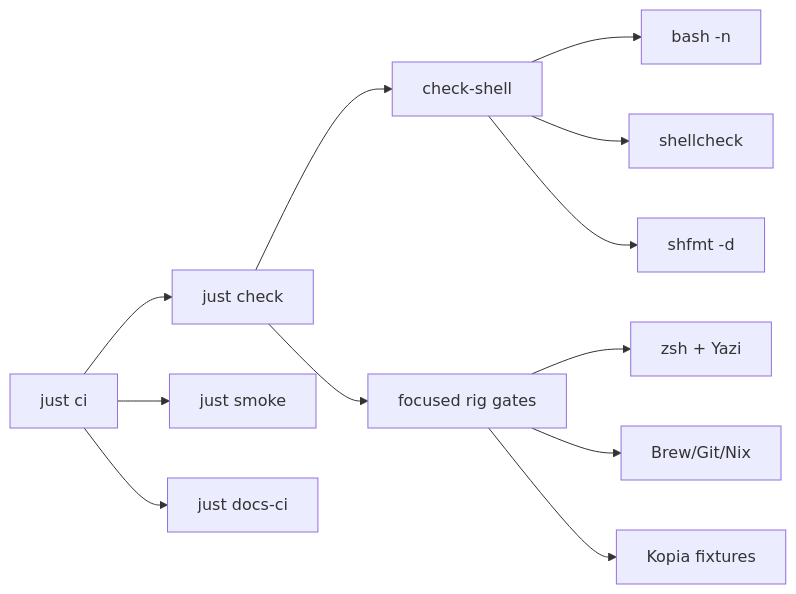
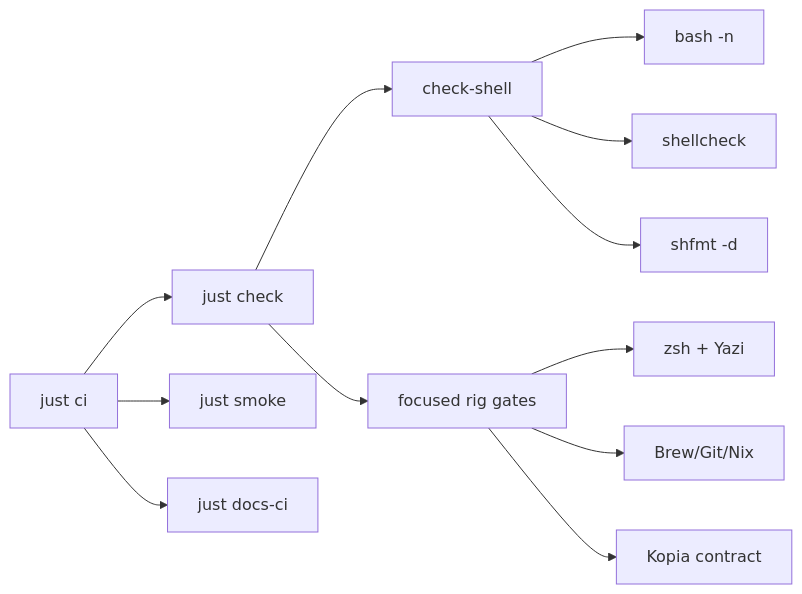
The diagram in docs/content/docs/validation.mdx (wyattowalsh/dotfiles), drawn with Mermaid before and after one commit. The commit also changed other lines of this file and 17 other files, not shown here.

````diff
--- a/docs/content/docs/validation.mdx
+++ b/docs/content/docs/validation.mdx
@@ -32,14 +32,14 @@
 ```mermaid
 flowchart LR
   A["just ci"] --> B["just check"]
   A --> C["just smoke"]
   A --> D["just docs-ci"]
   B --> E["check-shell"]
   B --> I["focused rig gates"]
   E --> F["bash -n"]
   E --> G["shellcheck"]
   E --> H["shfmt -d"]
   I --> J["zsh + Yazi"]
   I --> K["Brew/Git/Nix"]
-  I --> L["Kopia fixtures"]
+  I --> L["Kopia contract"]
 ```
````
